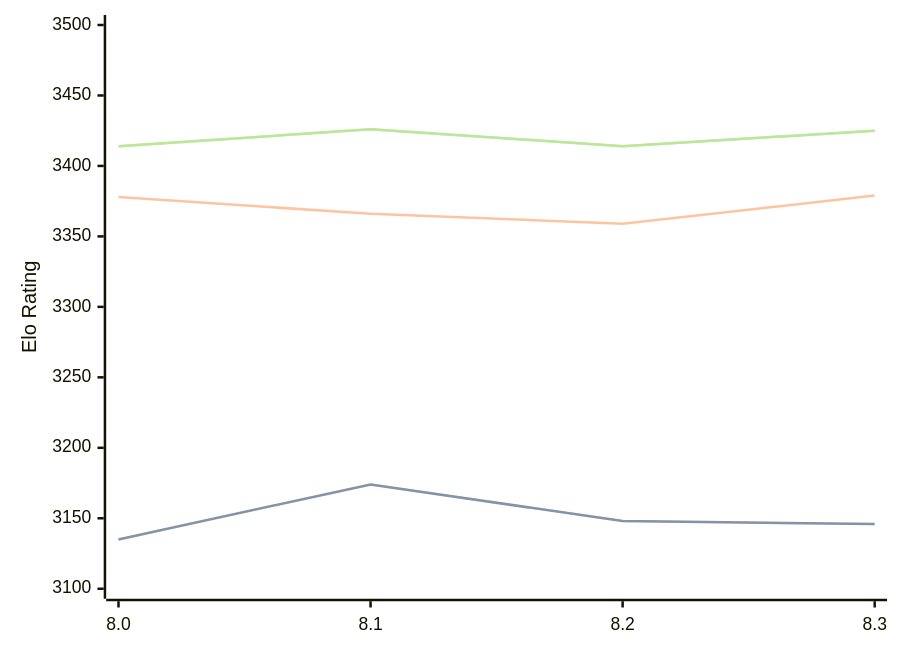
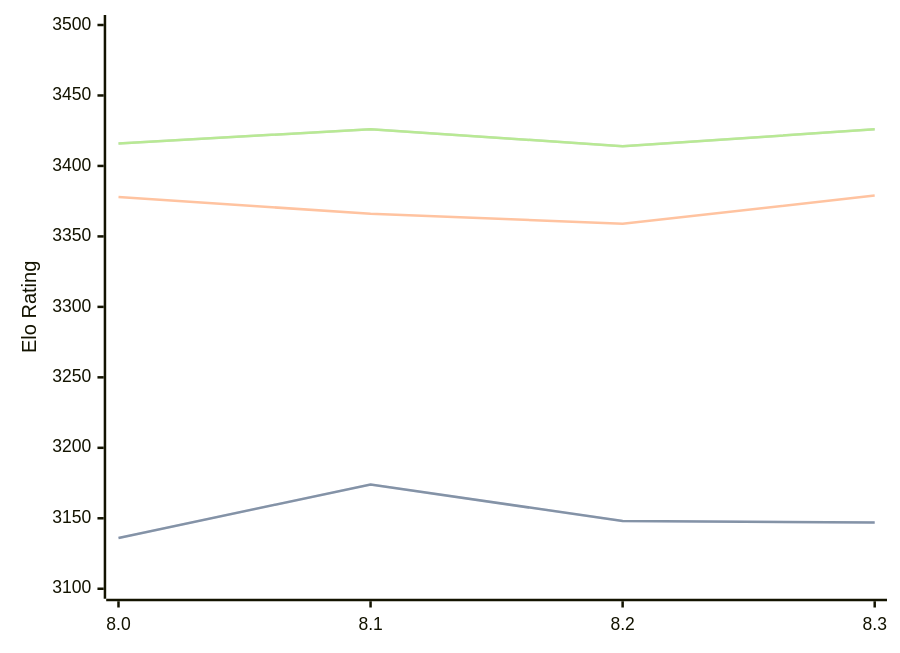
Before and after one commit to computer-chess-index/cci: the diagram in engines/Alexander.md, drawn with Mermaid. The commit also changed other lines of this file, not shown here.

Commit message:
Update CCI Ratings (ELO VLTC) - 2026-08-24

````diff
--- a/engines/Alexander.md
+++ b/engines/Alexander.md
@@ -34,11 +34,11 @@
 ```mermaid
 %%{init: {"theme":"base","themeVariables":{"seriesColors:['#a3a3a3','#222221','#faa371']}}}%%
 xychart-beta
   x-axis ["8.0", "8.1", "8.2", "8.3"]
   y-axis "Elo Rating" 3100 --> 3500
-  line "STC (8.0+0.08s)" [3135, 3174, 3148, 3146]
-  line "STC (8.0+0.08s)" [3135, 3174, 3148, 3146]
+  line "STC (8.0+0.08s)" [3136, 3174, 3148, 3147]
+  line "STC (8.0+0.08s)" [3136, 3174, 3148, 3147]
   line "LTC (60.0+0.60s)" [3378, 3366, 3359, 3379]
-  line "VLTC (2m24s+1.12s)" [3414, 3426, 3414, 3425]
-  line "VLTC (2m24s+1.12s)" [3414, 3426, 3414, 3425]
+  line "VLTC (2m24s+1.12s)" [3416, 3426, 3414, 3426]
+  line "VLTC (2m24s+1.12s)" [3416, 3426, 3414, 3426]
 ```
````
